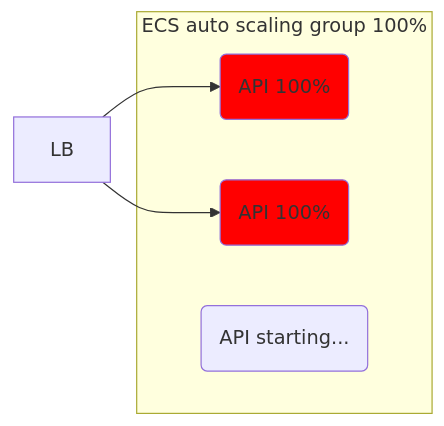
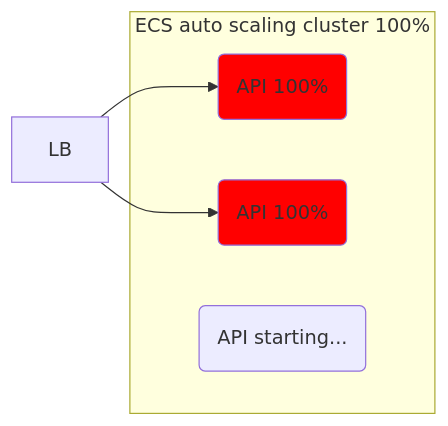
The third of 7 diagrams in README.md (pavradev/data-analytics-app-architecture-aws), drawn with Mermaid before and after one commit. The commit also changed other lines of this file, not shown here.

````diff
--- a/README.md
+++ b/README.md
@@ -41,11 +41,11 @@
 ```mermaid
   flowchart LR
   style api1 fill:red
   style api2 fill:red
   lb[LB] --> api1(API 100%) & api2(API 100%)
-  subgraph c1 [ECS auto scaling group 100%]
+  subgraph c1 [ECS auto scaling cluster 100%]
       api1
       api2
       api3(API starting...)
   end
 ```
````
